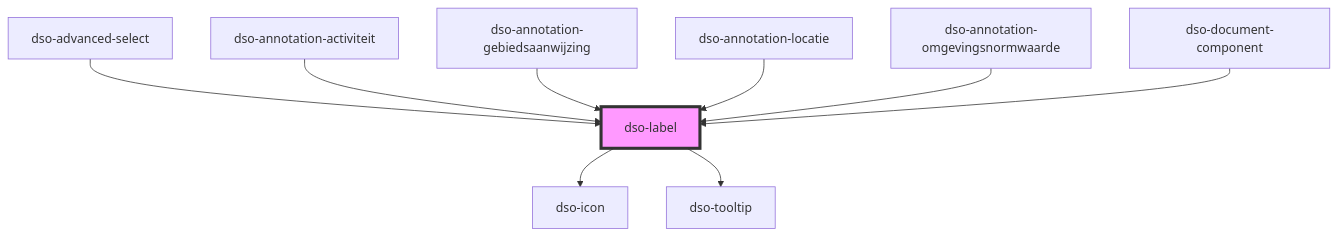
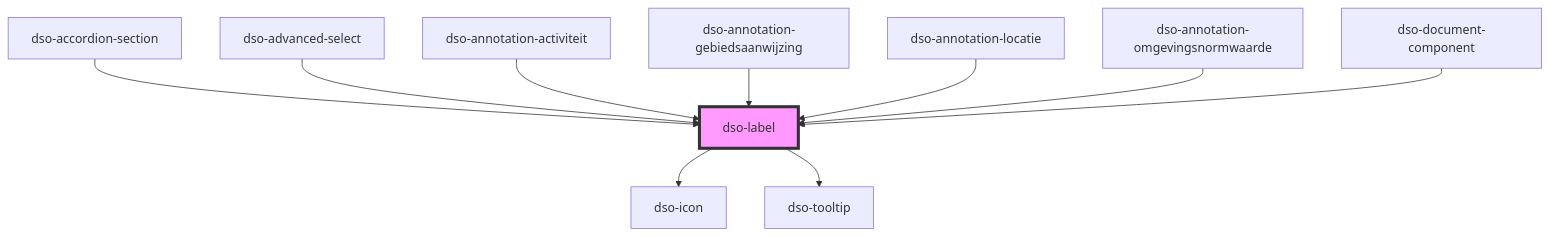
The diagram in packages/core/src/components/label/readme.md (dso-toolkit/dso-toolkit), drawn with Mermaid before and after one commit. The commit also changed other lines of this file and 17 other files, not shown here.

Commit message:
#2774 [Changed] Accordion: Badge vervangen met Label

````diff
--- a/packages/core/src/components/label/readme.md
+++ b/packages/core/src/components/label/readme.md
@@ -46,12 +47,13 @@
 ```mermaid
 graph TD;
   dso-label --> dso-icon
   dso-label --> dso-tooltip
+  dso-accordion-section --> dso-label
   dso-advanced-select --> dso-label
   dso-annotation-activiteit --> dso-label
   dso-annotation-gebiedsaanwijzing --> dso-label
   dso-annotation-locatie --> dso-label
   dso-annotation-omgevingsnormwaarde --> dso-label
   dso-document-component --> dso-label
   style dso-label fill:#f9f,stroke:#333,stroke-width:4px
 ```
````
